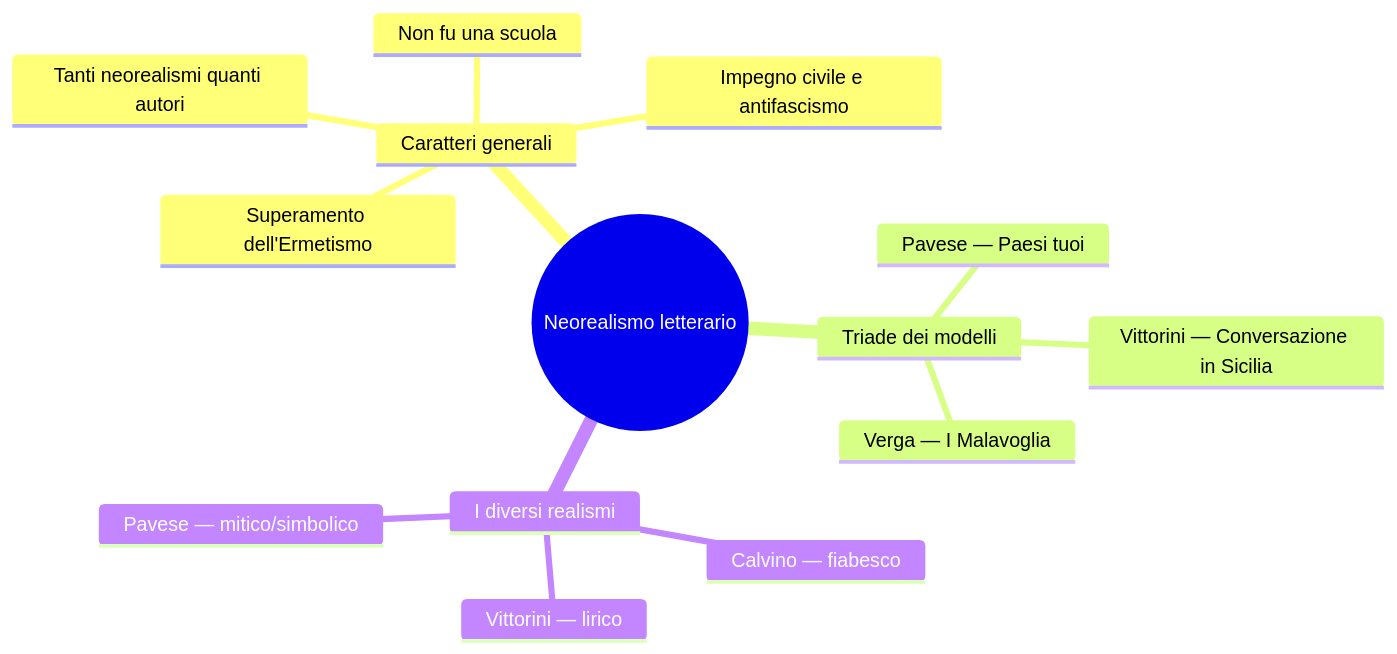
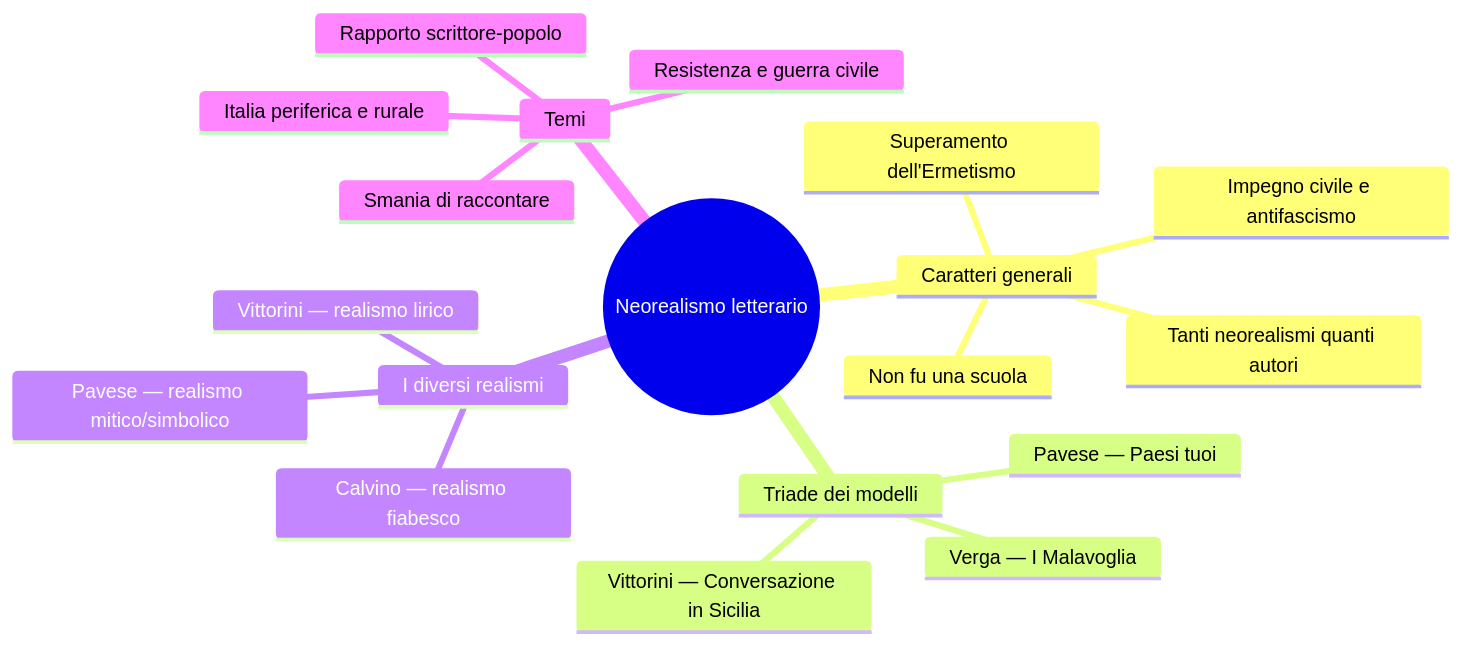
Before and after one commit to riccardo-algorime/appunti-5Bsa: the first of 5 diagrams in italiano/neorealismo-letterario/riassunto.md, drawn with Mermaid. The commit also changed other lines of this file and 7 other files, not shown here.

````diff
--- a/italiano/neorealismo-letterario/riassunto.md
+++ b/italiano/neorealismo-letterario/riassunto.md
@@ -24,17 +45,22 @@
 ```mermaid
 mindmap
   root((Neorealismo letterario))
     Caratteri generali
       Non fu una scuola
       Tanti neorealismi quanti autori
       Impegno civile e antifascismo
       Superamento dell'Ermetismo
     Triade dei modelli
       Verga — I Malavoglia
       Pavese — Paesi tuoi
       Vittorini — Conversazione in Sicilia
     I diversi realismi
-      Calvino — fiabesco
-      Vittorini — lirico
-      Pavese — mitico/simbolico
+      Calvino — realismo fiabesco
+      Vittorini — realismo lirico
+      Pavese — realismo mitico/simbolico
+    Temi
+      Resistenza e guerra civile
+      Italia periferica e rurale
+      Rapporto scrittore-popolo
+      Smania di raccontare
 ```
````
